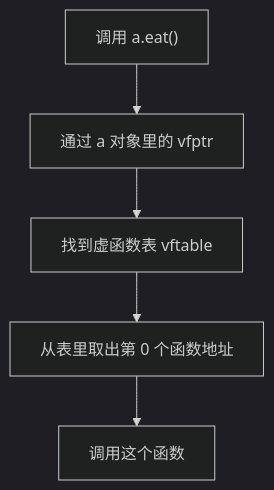
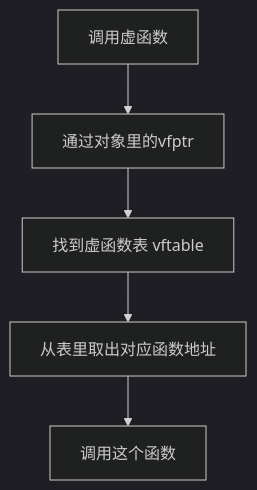
Before and after one commit to y10111/y10111.github.io: the ninth of 11 diagrams in docs/C++/英雄编程/第二章/多态/2.6.2虚函数.md, drawn with Mermaid (dark theme). The commit also changed other lines of this file and 101 other files, not shown here.

Commit message:
C++英雄编程：完成第四章STL容器 + 全课程补充软件工程图

````diff
--- a/docs/C++/英雄编程/第二章/多态/2.6.2虚函数.md
+++ b/docs/C++/英雄编程/第二章/多态/2.6.2虚函数.md
@@ -202,7 +204,7 @@
 ```mermaid
-flowchart TB
-    A["调用 a.eat()"] --> B["通过 a 对象里的 vfptr"]
-    B --> C["找到虚函数表 vftable"]
-    C --> D["从表里取出第 0 个函数地址"]
-    D --> E["调用这个函数"]
+graph TD
+    A[调用虚函数] --> B[通过对象里的vfptr]
+    B --> C[找到虚函数表 vftable]
+    C --> D[从表里取出对应函数地址]
+    D --> E[调用这个函数]
 ```
````
